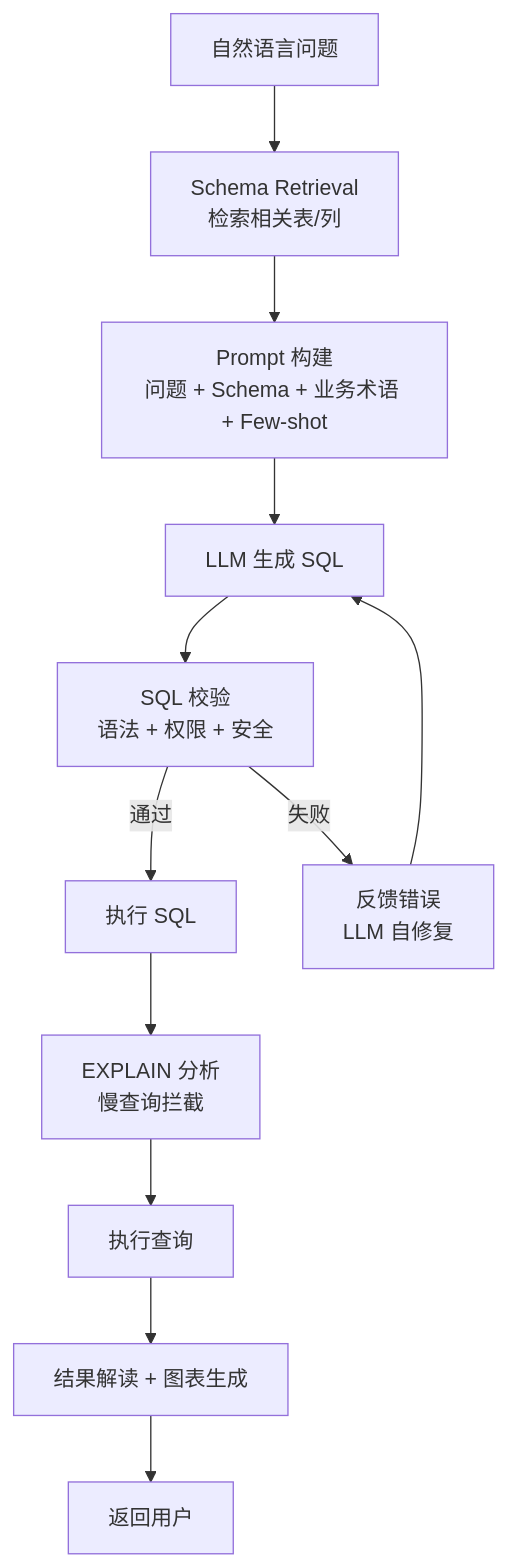
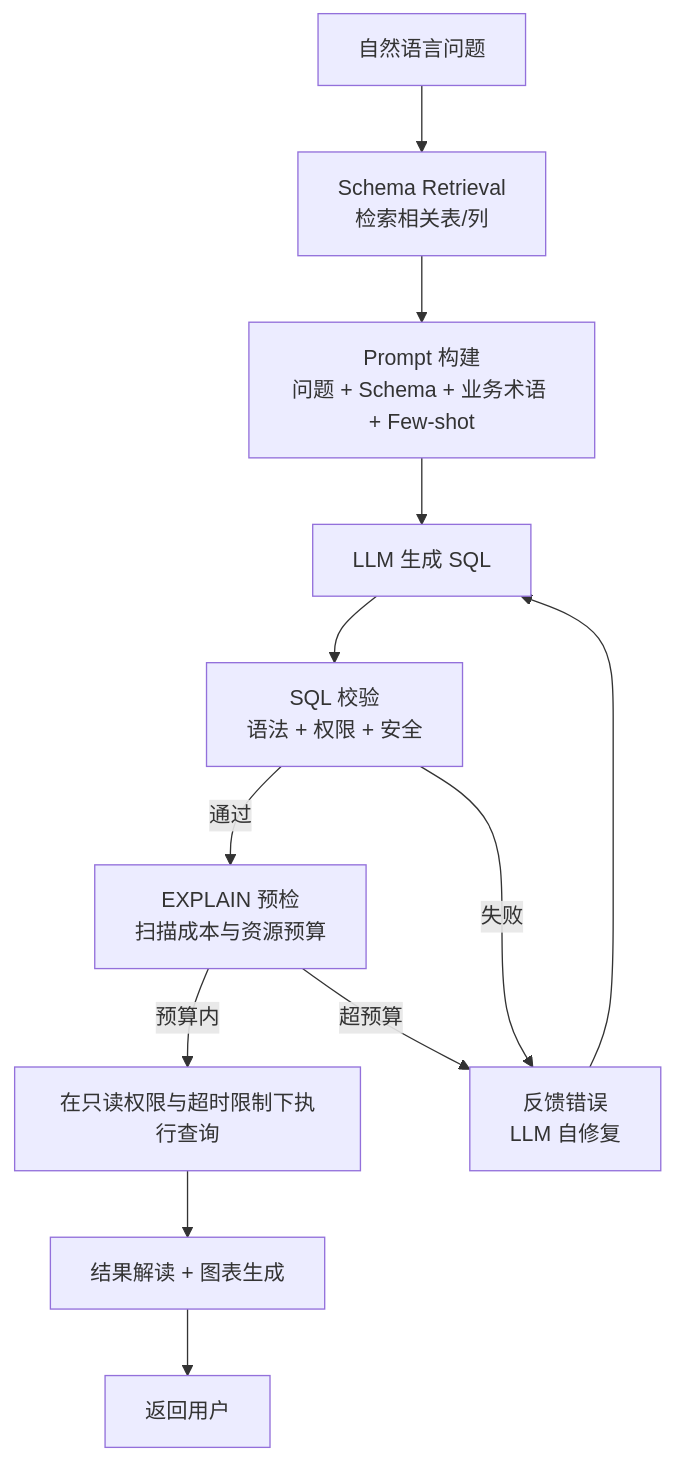
The fifth of 6 diagrams in docs/ai-technology/ai-system-design.md (liukun2634/dev-interview-guide), drawn with Mermaid before and after one commit. The commit also changed other lines of this file and 14 other files, not shown here.

````diff
--- a/docs/ai-technology/ai-system-design.md
+++ b/docs/ai-technology/ai-system-design.md
@@ -338,14 +338,14 @@
 ```mermaid
 graph TD
     U["自然语言问题"] --> R["Schema Retrieval<br/>检索相关表/列"]
     R --> P["Prompt 构建<br/>问题 + Schema + 业务术语 + Few-shot"]
     P --> L["LLM 生成 SQL"]
     L --> V["SQL 校验<br/>语法 + 权限 + 安全"]
-    V -->|通过| E["执行 SQL"]
+    V -->|通过| EX["EXPLAIN 预检<br/>扫描成本与资源预算"]
     V -->|失败| FB["反馈错误<br/>LLM 自修复"]
     FB --> L
-    E --> EX["EXPLAIN 分析<br/>慢查询拦截"]
-    EX --> RUN["执行查询"]
+    EX -->|预算内| RUN["在只读权限与超时限制下执行查询"]
+    EX -->|超预算| FB
     RUN --> A["结果解读 + 图表生成"]
     A --> O["返回用户"]
 ```
````
